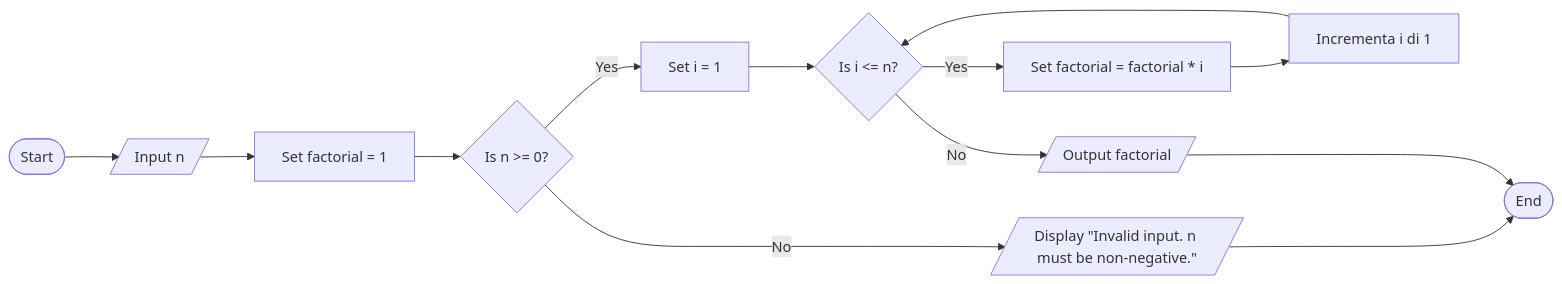
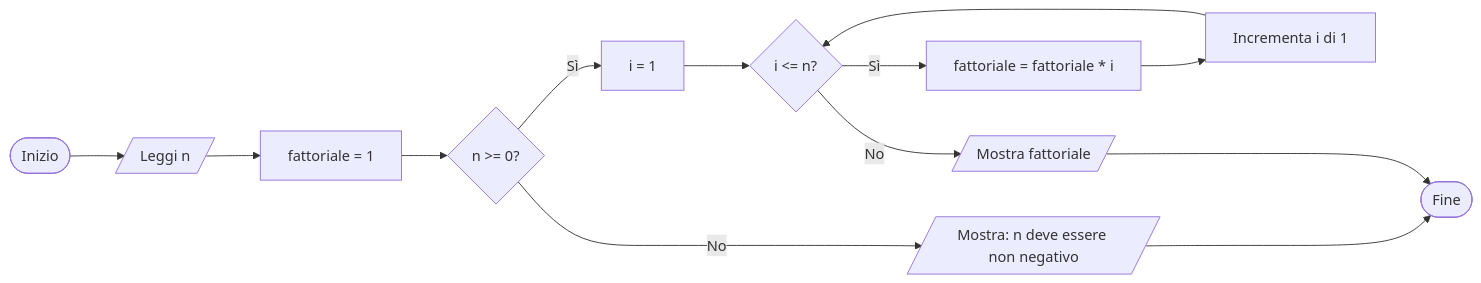
The ninth of 10 diagrams in pages/lezione_01.md (gdegani/its-programmazione), drawn with Mermaid before and after one commit. The commit also changed other lines of this file and 9 other files, not shown here.

````diff
--- a/pages/lezione_01.md
+++ b/pages/lezione_01.md
@@ -660,15 +660,15 @@
 ```mermaid {scale: 0.5, alt: 'A diagram'}
 flowchart LR
-    Start([Start]) --> InputNum[/Input n/]
-    InputNum --> Initialize[Set factorial = 1]
-    Initialize --> Check{Is n >= 0?}
-    Check -- No --> Error[/Display "Invalid input. n must be non-negative."/]
-    Error ---> End([End])
-    Check -- Yes --> LoopStart[Set i = 1]
-    LoopStart --> LoopCheck{Is i <= n?}
-    LoopCheck -- Yes --> Multiply[Set factorial = factorial * i]
+    Start([Inizio]) --> InputNum[/Leggi n/]
+    InputNum --> Initialize[fattoriale = 1]
+    Initialize --> Check{n >= 0?}
+    Check -- No --> Error[/Mostra: n deve essere non negativo/]
+    Error ---> End([Fine])
+    Check -- Sì --> LoopStart[i = 1]
+    LoopStart --> LoopCheck{i <= n?}
+    LoopCheck -- Sì --> Multiply[fattoriale = fattoriale * i]
     Multiply --> Increment[Incrementa i di 1]
     Increment --> LoopCheck
-    LoopCheck -- No --> OutputResult[/Output factorial/]
-    OutputResult ---> End([End])
+    LoopCheck -- No --> OutputResult[/Mostra fattoriale/]
+    OutputResult ---> End([Fine])
 ```
````
